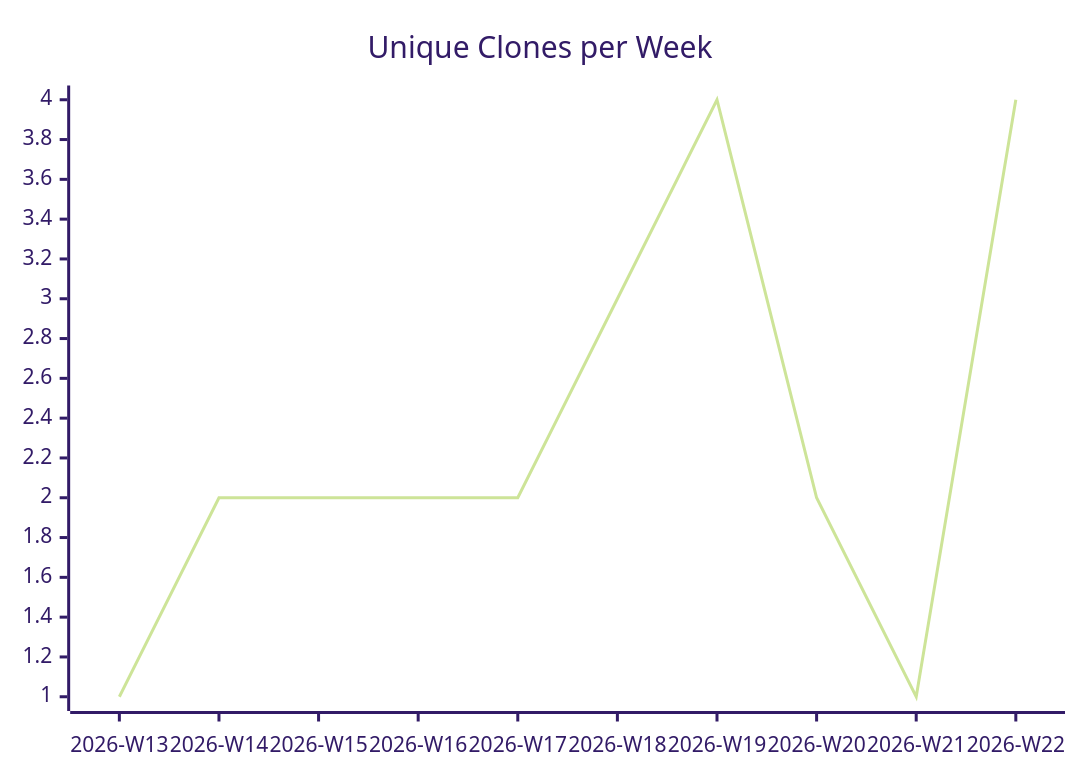
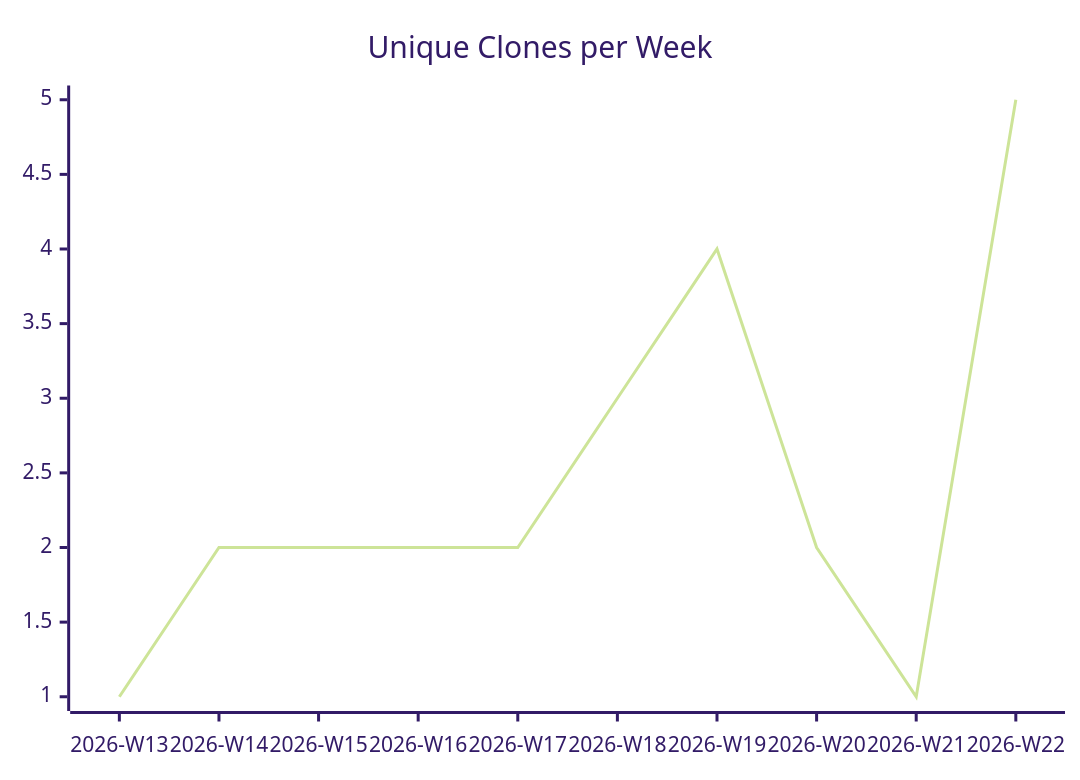
Before and after one commit to justdavis-family/github-analytics-data: the third of 3 diagrams in karlmdavis/hello-rust-actix/README.md, drawn with Mermaid (forest theme). The commit also changed other lines of this file and 189 other files, not shown here.

````diff
--- a/karlmdavis/hello-rust-actix/README.md
+++ b/karlmdavis/hello-rust-actix/README.md
@@ -19,6 +19,6 @@
 ```mermaid
 xychart-beta
   title "Unique Clones per Week"
   x-axis ["2026-W13", "2026-W14", "2026-W15", "2026-W16", "2026-W17", "2026-W18", "2026-W19", "2026-W20", "2026-W21", "2026-W22"]
-  line [1, 2, 2, 2, 2, 3, 4, 2, 1, 4]
+  line [1, 2, 2, 2, 2, 3, 4, 2, 1, 5]
 ```
````
